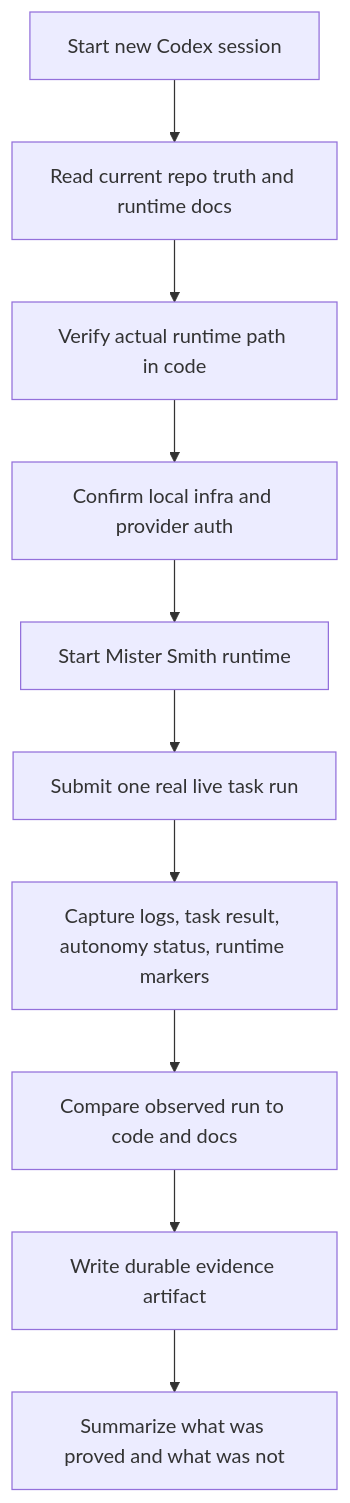
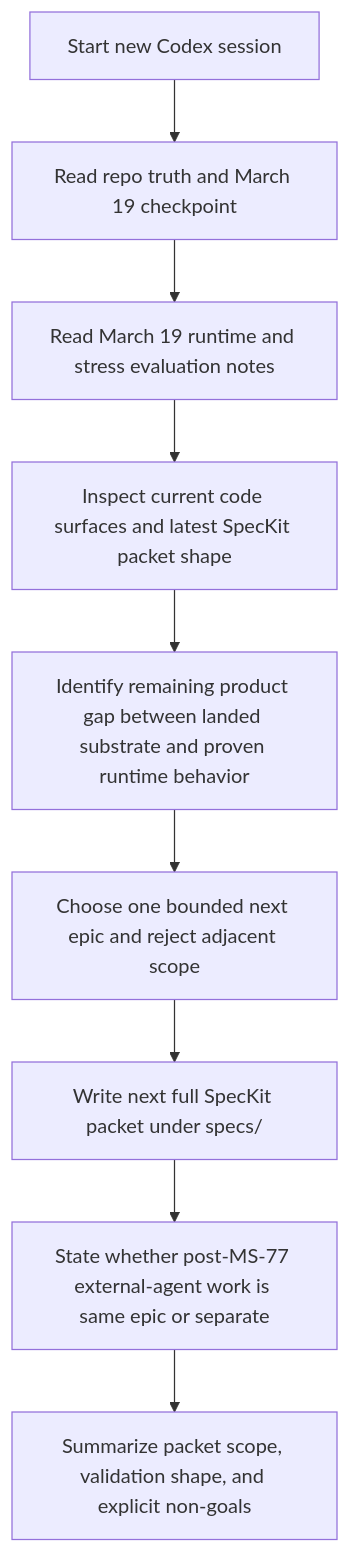
The diagram in docs/prompt-improver-spec/implementation_plan.md (MattMagg/MisterSmith), drawn with Mermaid before and after one commit. The commit also changed other lines of this file and 78 other files, not shown here.

````diff
--- a/docs/prompt-improver-spec/implementation_plan.md
+++ b/docs/prompt-improver-spec/implementation_plan.md
@@ -56,12 +60,11 @@
 ```mermaid
 graph TD
-    A["Start new Codex session"] --> B["Read current repo truth and runtime docs"]
-    B --> C["Verify actual runtime path in code"]
-    C --> D["Confirm local infra and provider auth"]
-    D --> E["Start Mister Smith runtime"]
-    E --> F["Submit one real live task run"]
-    F --> G["Capture logs, task result, autonomy status, runtime markers"]
-    G --> H["Compare observed run to code and docs"]
-    H --> I["Write durable evidence artifact"]
-    I --> J["Summarize what was proved and what was not"]
+    A["Start new Codex session"] --> B["Read repo truth and March 19 checkpoint"]
+    B --> C["Read March 19 runtime and stress evaluation notes"]
+    C --> D["Inspect current code surfaces and latest SpecKit packet shape"]
+    D --> E["Identify remaining product gap between landed substrate and proven runtime behavior"]
+    E --> F["Choose one bounded next epic and reject adjacent scope"]
+    F --> G["Write next full SpecKit packet under specs/"]
+    G --> H["State whether post-MS-77 external-agent work is same epic or separate"]
+    H --> I["Summarize packet scope, validation shape, and explicit non-goals"]
 ```
````
